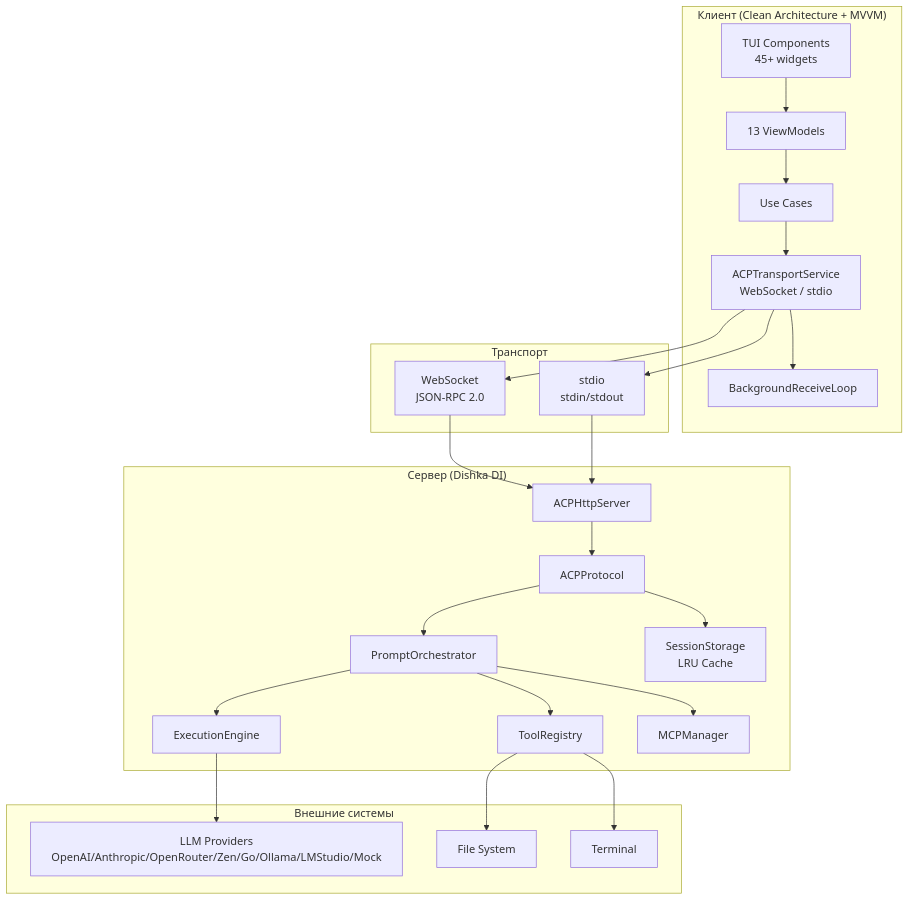
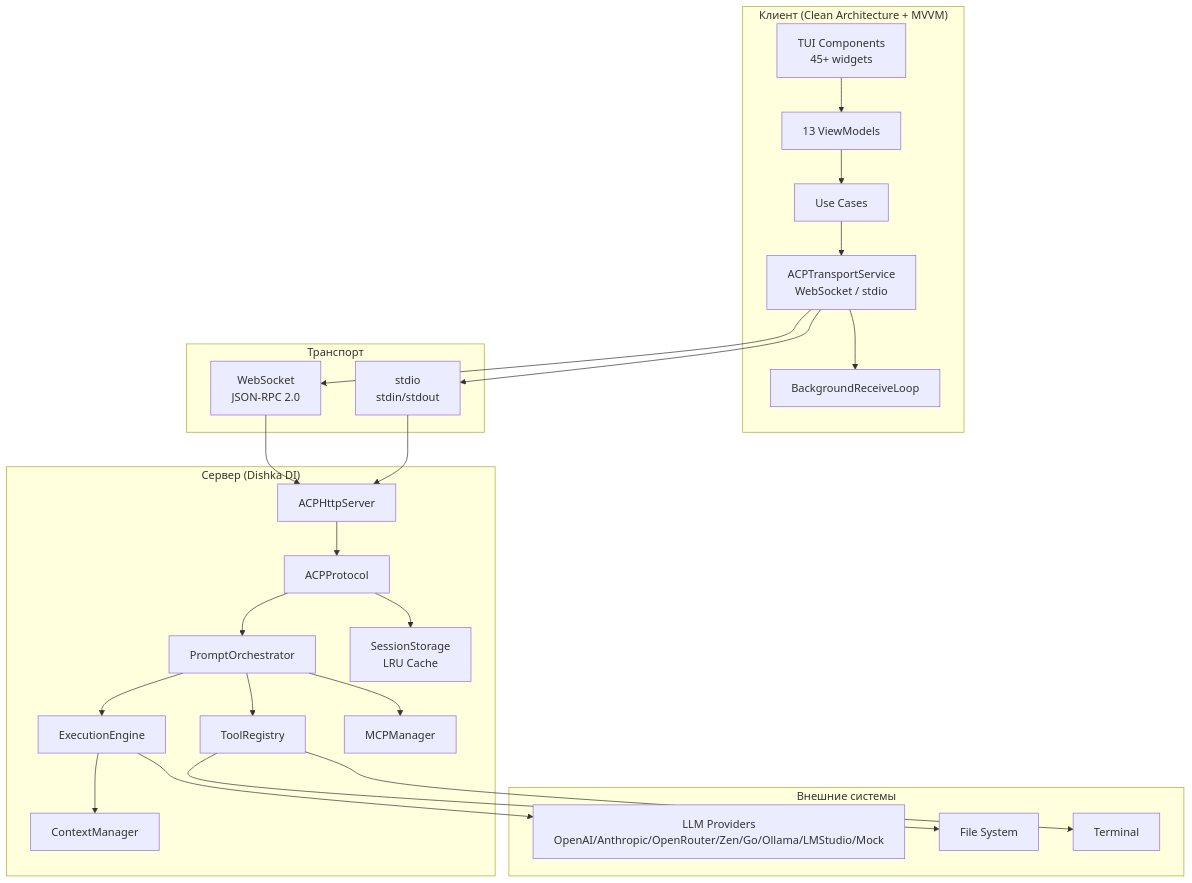
Before and after one commit to pese-git/codelab-agent: the first of 21 diagrams in doc/product/overview/architecture.md, drawn with Mermaid. The commit also changed other lines of this file and 2 other files, not shown here.

First line of the commit message:
docs(product): обновить продуктовую документацию — добавить Context Manager

````diff
--- a/doc/product/overview/architecture.md
+++ b/doc/product/overview/architecture.md
@@ -9,40 +9,42 @@
 ```mermaid
 graph TB
     subgraph Client["Клиент (Clean Architecture + MVVM)"]
         TUI["TUI Components<br/>45+ widgets"]
         VM[13 ViewModels]
         UC[Use Cases]
         TS["ACPTransportService<br/>WebSocket / stdio"]
         BgLoop[BackgroundReceiveLoop]
     end
     
     subgraph Transport["Транспорт"]
         WS["WebSocket<br/>JSON-RPC 2.0"]
         STDIO["stdio<br/>stdin/stdout"]
     end
     
     subgraph Server["Сервер (Dishka DI)"]
         HTTP[ACPHttpServer]
         AP[ACPProtocol]
         PO[PromptOrchestrator]
         EE[ExecutionEngine]
+        CM[ContextManager]
         TR[ToolRegistry]
         MCP[MCPManager]
         Storage["SessionStorage<br/>LRU Cache"]
     end
     
     subgraph External["Внешние системы"]
         LLM["LLM Providers<br/>OpenAI/Anthropic/OpenRouter/Zen/Go/Ollama/LMStudio/Mock"]
         FS[File System]
         TERM[Terminal]
     end
     
     TUI --> VM --> UC --> TS
     TS --> BgLoop
     TS --> WS & STDIO
     WS & STDIO --> HTTP --> AP --> PO
     PO --> EE --> LLM
+    EE --> CM
     PO --> TR --> FS & TERM
     PO --> MCP
     AP --> Storage
 ```
````
